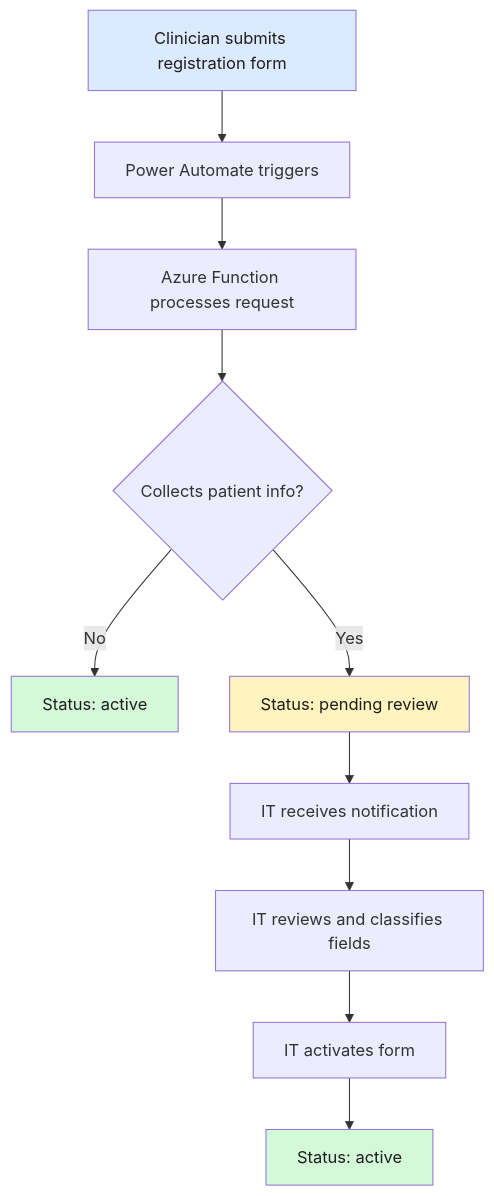
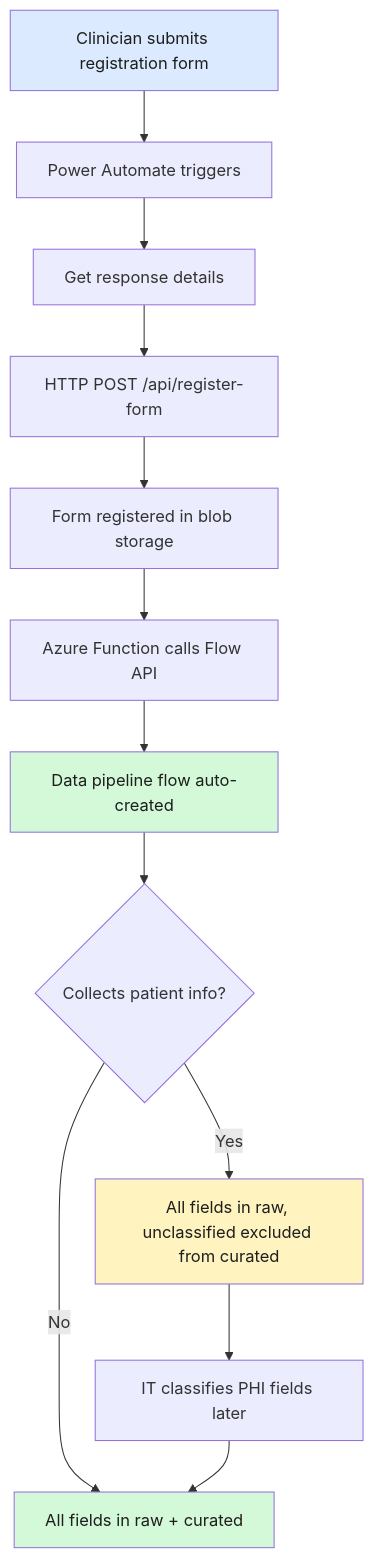
One commit to michaelhuot-msft/forms-to-fabric changed the diagram in docs/registration-form-template.md. Above: the diagram before and after it, drawn with Mermaid.

Commit message:
Update registration flow mermaid diagram
Shows current flow: PA trigger → register-form → blob storage →
Flow API auto-creates data pipeline flow → quarantine handles PHI.
Removed old pending_review/activate steps.

````diff
--- a/docs/registration-form-template.md
+++ b/docs/registration-form-template.md
@@ -147,17 +147,19 @@
 ```mermaid
 flowchart TD
     A[Clinician submits registration form] --> B[Power Automate triggers]
-    B --> C[Azure Function processes request]
-    C --> D{Collects patient info?}
-    D -- No --> E[Status: active]
-    D -- Yes --> F[Status: pending review]
-    F --> G[IT receives notification]
-    G --> H[IT reviews and classifies fields]
-    H --> I[IT activates form]
-    I --> J[Status: active]
+    B --> C[Get response details]
+    C --> D[HTTP POST /api/register-form]
+    D --> E[Form registered in blob storage]
+    E --> F[Azure Function calls Flow API]
+    F --> G[Data pipeline flow auto-created]
+    G --> H{Collects patient info?}
+    H -- No --> I[All fields in raw + curated]
+    H -- Yes --> J[All fields in raw, unclassified excluded from curated]
+    J --> K[IT classifies PHI fields later]
+    K --> I
 
     style A fill:#dbeafe,color:#1e1e1e
-    style E fill:#d3f9d8,color:#1e1e1e
-    style J fill:#d3f9d8,color:#1e1e1e
-    style F fill:#fff3bf,color:#1e1e1e
+    style G fill:#d3f9d8,color:#1e1e1e
+    style I fill:#d3f9d8,color:#1e1e1e
+    style J fill:#fff3bf,color:#1e1e1e
 ```
````
